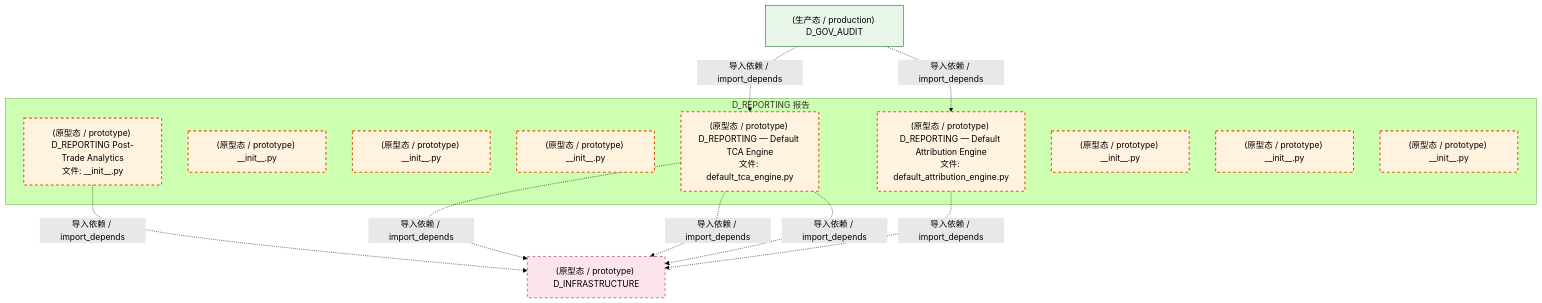
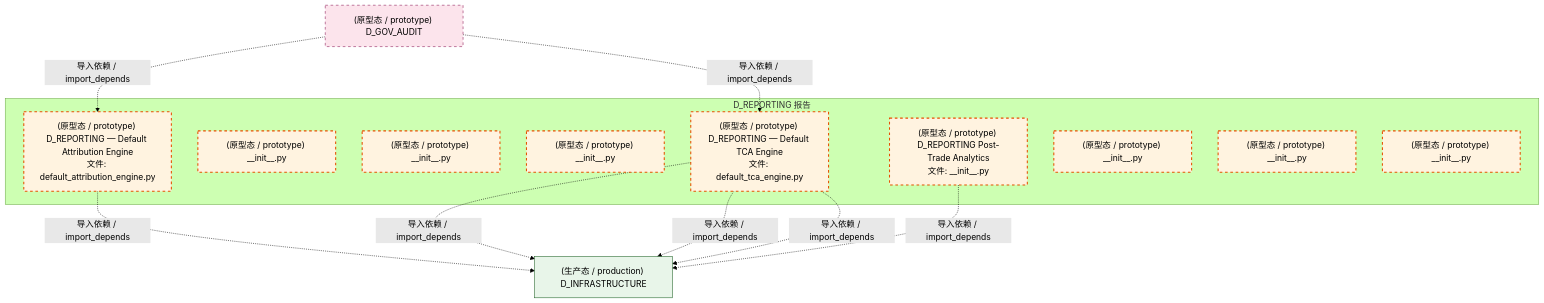
One commit to xuanFelixVan/ZephyrAlpha changed the third of 4 diagrams in docs/02_enterprise_architecture/02_domain_architecture_docs/23_d_reporting.md. Above: the diagram before and after it, drawn with Mermaid (forest theme). The commit also changed other lines of this file and 126 other files, not shown here.

````diff
--- a/docs/02_enterprise_architecture/02_domain_architecture_docs/23_d_reporting.md
+++ b/docs/02_enterprise_architecture/02_domain_architecture_docs/23_d_reporting.md
@@ -153,30 +154,30 @@
 ```mermaid
 graph TD
     subgraph D_REPORTING["D_REPORTING 报告"]
         src_zephyr_reporting_init_py["(原型态 / prototype) D_REPORTING Post-Trade Analytics<br/>文件: __init__.py"]
         src_zephyr_reporting_extensions_init_py["(原型态 / prototype) __init__.py"]
         src_zephyr_reporting_api_init_py["(原型态 / prototype) __init__.py"]
         src_zephyr_reporting_core_init_py["(原型态 / prototype) __init__.py"]
         src_zephyr_reporting_default_attribution_engine_py["(原型态 / prototype) D_REPORTING — Default Attribution Engine<br/>文件: default_attribution_engine.py"]
         src_zephyr_reporting_default_tca_engine_py["(原型态 / prototype) D_REPORTING — Default TCA Engine<br/>文件: default_tca_engine.py"]
         src_zephyr_reporting_infrastructure_init_py["(原型态 / prototype) __init__.py"]
         src_zephyr_reporting_models_init_py["(原型态 / prototype) __init__.py"]
         src_zephyr_reporting_services_init_py["(原型态 / prototype) __init__.py"]
     end
-    D_INFRASTRUCTURE["(原型态 / prototype) D_INFRASTRUCTURE"]
+    D_INFRASTRUCTURE["(生产态 / production) D_INFRASTRUCTURE"]
+    src_zephyr_reporting_default_attribution_engine_py -.->|导入依赖 / import_depends| D_INFRASTRUCTURE
     src_zephyr_reporting_default_tca_engine_py -.->|导入依赖 / import_depends| D_INFRASTRUCTURE
     src_zephyr_reporting_default_tca_engine_py -.->|导入依赖 / import_depends| D_INFRASTRUCTURE
-    src_zephyr_reporting_default_attribution_engine_py -.->|导入依赖 / import_depends| D_INFRASTRUCTURE
+    src_zephyr_reporting_default_tca_engine_py -.->|导入依赖 / import_depends| D_INFRASTRUCTURE
     src_zephyr_reporting_init_py -.->|导入依赖 / import_depends| D_INFRASTRUCTURE
-    src_zephyr_reporting_default_tca_engine_py -.->|导入依赖 / import_depends| D_INFRASTRUCTURE
-    D_GOV_AUDIT["(生产态 / production) D_GOV_AUDIT"]
+    D_GOV_AUDIT["(原型态 / prototype) D_GOV_AUDIT"]
+    D_GOV_AUDIT -.->|导入依赖 / import_depends| src_zephyr_reporting_default_attribution_engine_py
     D_GOV_AUDIT -.->|导入依赖 / import_depends| src_zephyr_reporting_default_tca_engine_py
-    D_GOV_AUDIT -.->|导入依赖 / import_depends| src_zephyr_reporting_default_attribution_engine_py
     classDef production fill:#e1f5fe,stroke:#01579b,stroke-width:2px,color:#000
     classDef design fill:#fff3e0,stroke:#e65100,stroke-width:2px,color:#000,stroke-dasharray: 5 5
     classDef external_prod fill:#e8f5e9,stroke:#1b5e20,stroke-width:1px,color:#000
     classDef external_design fill:#fce4ec,stroke:#880e4f,stroke-width:1px,color:#000,stroke-dasharray: 5 5
     class src_zephyr_reporting_init_py,src_zephyr_reporting_extensions_init_py,src_zephyr_reporting_api_init_py,src_zephyr_reporting_core_init_py,src_zephyr_reporting_default_attribution_engine_py,src_zephyr_reporting_default_tca_engine_py,src_zephyr_reporting_infrastructure_init_py,src_zephyr_reporting_models_init_py,src_zephyr_reporting_services_init_py design
-    class D_GOV_AUDIT external_prod
-    class D_INFRASTRUCTURE external_design
+    class D_INFRASTRUCTURE external_prod
+    class D_GOV_AUDIT external_design
 ```
````
